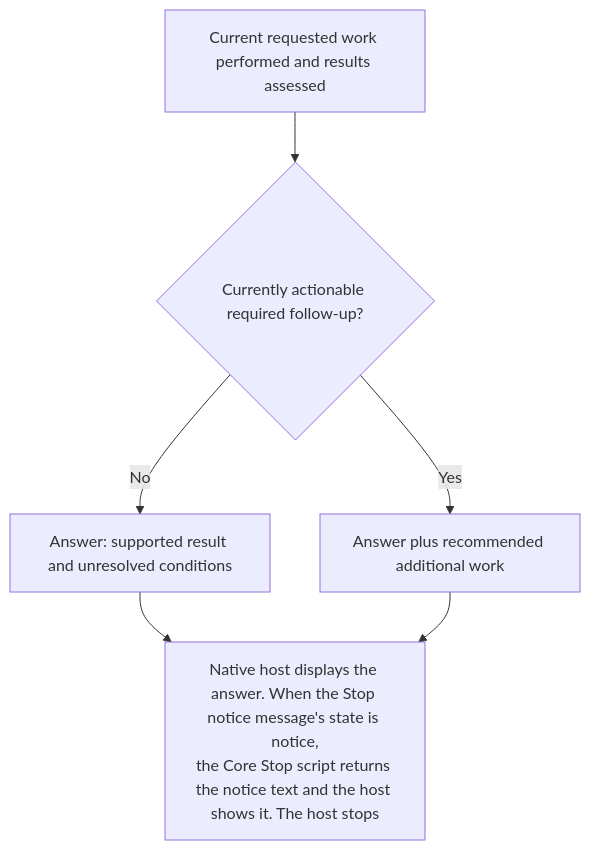
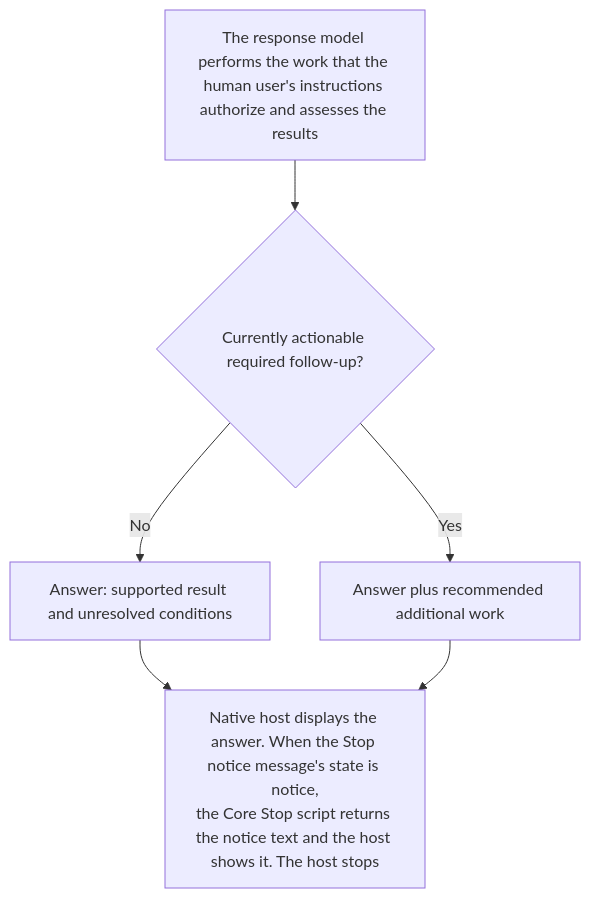
The fifth of 7 diagrams in architecture.md (AidALL/ghost-alice), drawn with Mermaid before and after one commit. The commit also changed other lines of this file and 221 other files, not shown here.

````diff
--- a/architecture.md
+++ b/architecture.md
@@ -168,8 +168,8 @@
 ```mermaid
 flowchart TD
-  R["Current requested work performed and results assessed"] --> N{"Currently actionable required follow-up?"}
+  R["The response model performs the work that the human user's instructions authorize and assesses the results"] --> N{"Currently actionable required follow-up?"}
   N -->|No| A["Answer: supported result and unresolved conditions"]
   N -->|Yes| B["Answer plus recommended additional work"]
   A --> D["Native host displays the answer. When the Stop notice message's state is notice,<br/>the Core Stop script returns the notice text and the host shows it. The host stops"]
   B --> D
 ```
````
